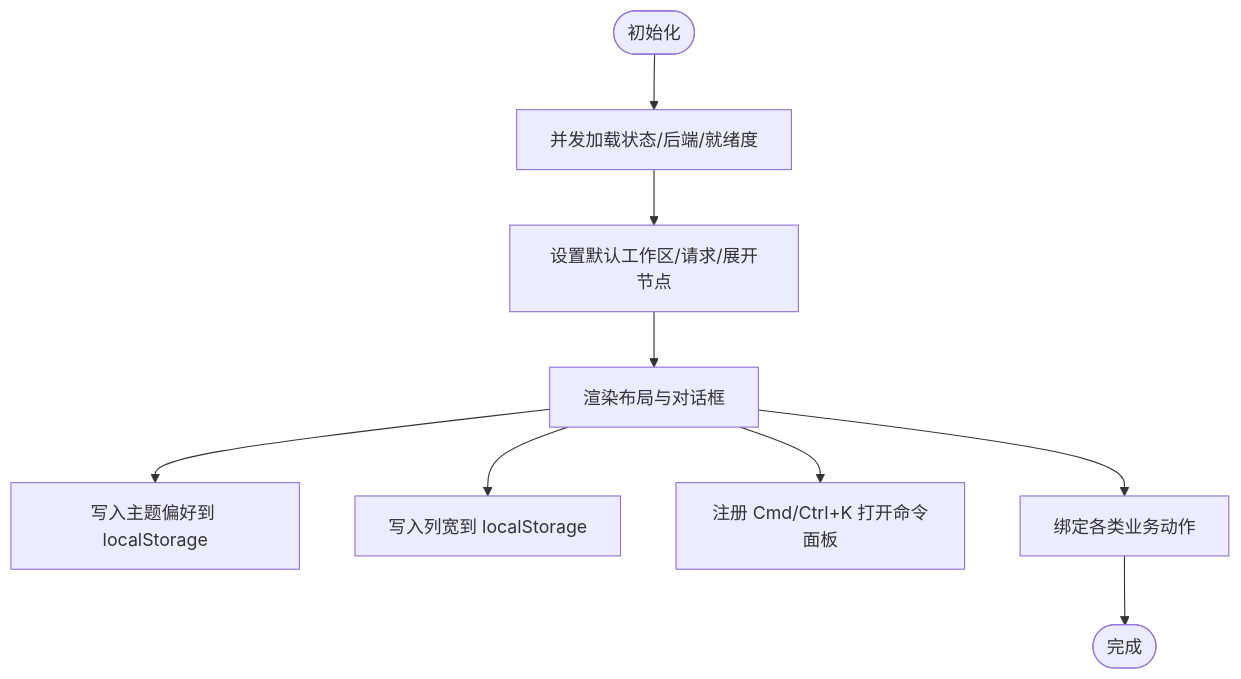
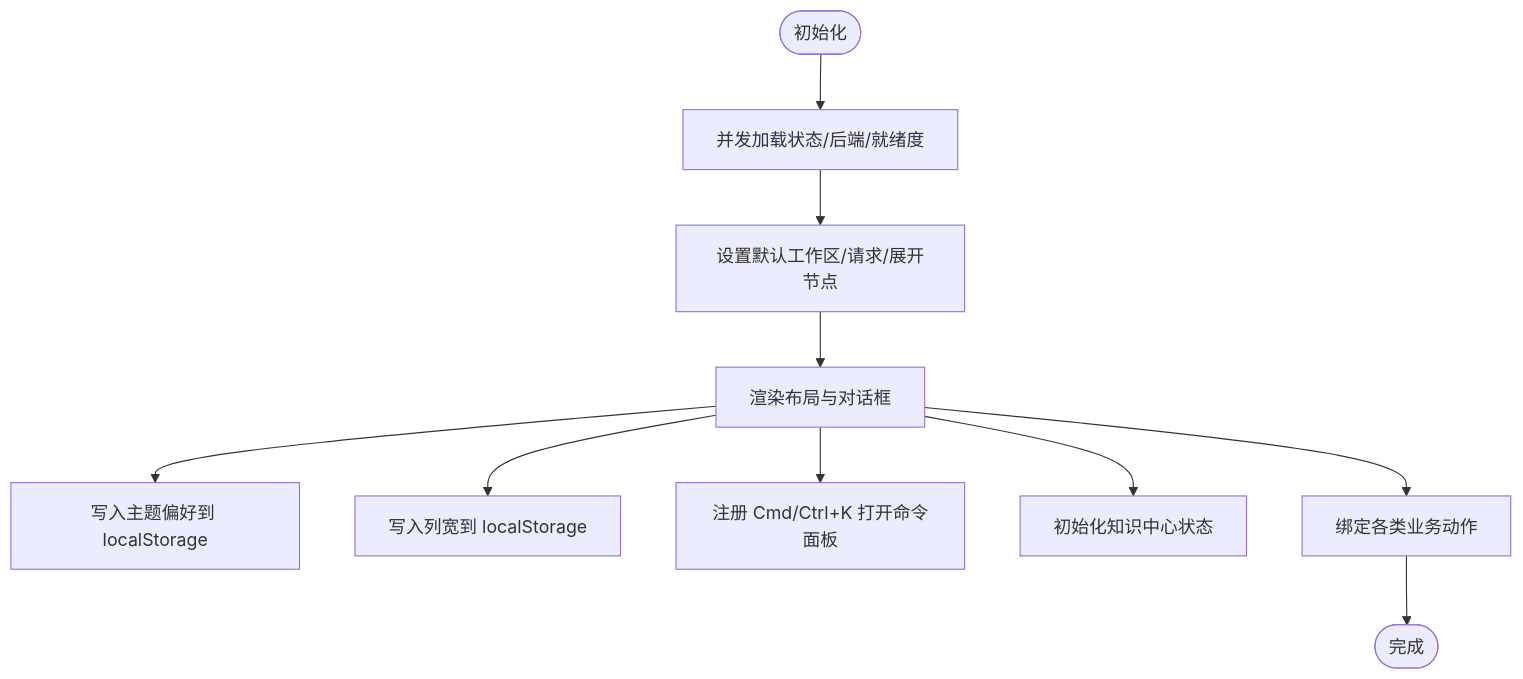
Before and after one commit to coconilu/RepoHelm: the third of 14 diagrams in .qoder/repowiki/zh/content/Web 前端应用/Web 前端应用.md, drawn with Mermaid. The commit also changed other lines of this file and 9 other files, not shown here.

First line of the commit message:
docs(zh): add KnowledgeCenter, Markdown & Mermaid

````diff
--- a/.qoder/repowiki/zh/content/Web 前端应用/Web 前端应用.md
+++ b/.qoder/repowiki/zh/content/Web 前端应用/Web 前端应用.md
@@ -173,11 +201,12 @@
 ```mermaid
 flowchart TD
 Start(["初始化"]) --> Load["并发加载状态/后端/就绪度"]
 Load --> SetDefaults["设置默认工作区/请求/展开节点"]
 SetDefaults --> Render["渲染布局与对话框"]
 Render --> ThemePersist["写入主题偏好到 localStorage"]
 Render --> WidthPersist["写入列宽到 localStorage"]
 Render --> Hotkey["注册 Cmd/Ctrl+K 打开命令面板"]
+Render --> KnowledgeState["初始化知识中心状态"]
 Render --> Actions["绑定各类业务动作"]
 Actions --> End(["完成"])
 ```
````
